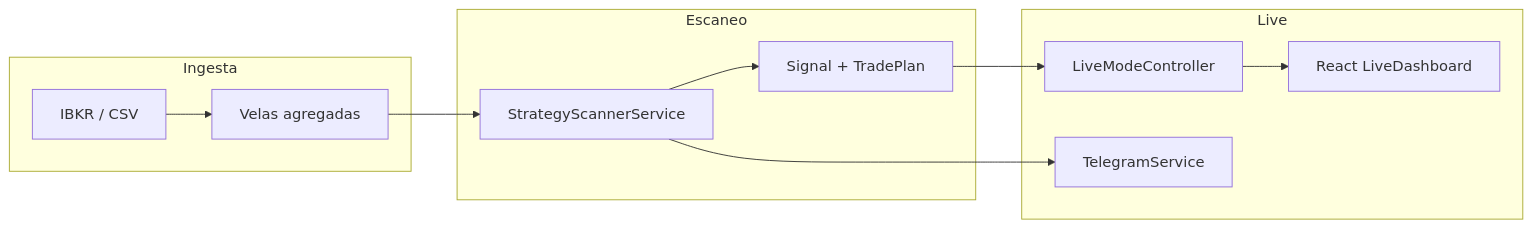
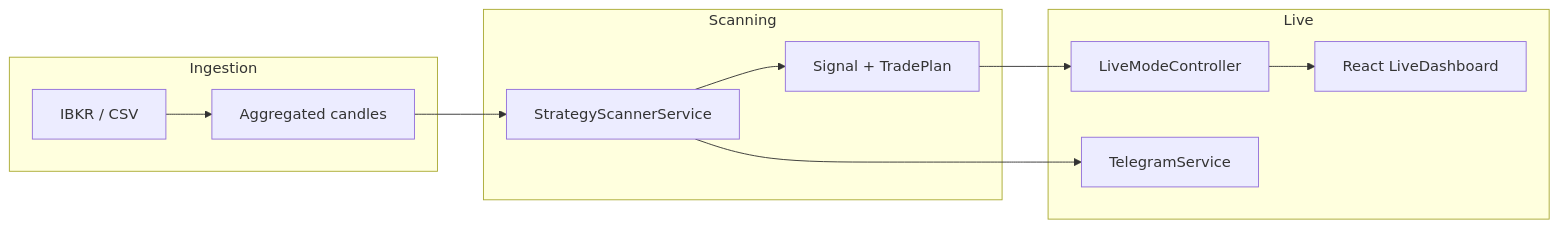
Before and after one commit to fgiaquintaruiz/options-quant: the first of 3 diagrams in docs/LIVE-MODE-PRD.md, drawn with Mermaid. The commit also changed other lines of this file and 10 other files, not shown here.

````diff
--- a/docs/LIVE-MODE-PRD.md
+++ b/docs/LIVE-MODE-PRD.md
@@ -47,20 +47,20 @@
 ```mermaid
 flowchart LR
-  subgraph ingest["Ingesta"]
+  subgraph ingest["Ingestion"]
     IBKR["IBKR / CSV"]
-    Candles["Velas agregadas"]
+    Candles["Aggregated candles"]
   end
-  subgraph scan["Escaneo"]
+  subgraph scan["Scanning"]
     SS["StrategyScannerService"]
     Sig["Signal + TradePlan"]
   end
   subgraph live["Live"]
     LMC["LiveModeController"]
     UI["React LiveDashboard"]
     TG["TelegramService"]
   end
   IBKR --> Candles --> SS --> Sig
   Sig --> LMC
   LMC --> UI
   SS --> TG
 ```
````
